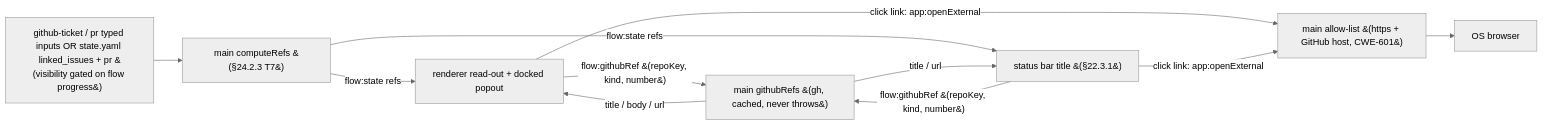
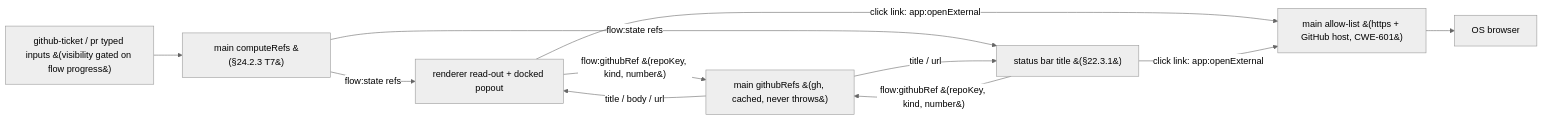
The second of 2 diagrams in docs/spec/24-build-plan-ui-inwards.md (dylanb/agent-terminal), drawn with Mermaid (neutral theme) before and after one commit. The commit also changed other lines of this file and 13 other files, not shown here.

````diff
--- a/docs/spec/24-build-plan-ui-inwards.md
+++ b/docs/spec/24-build-plan-ui-inwards.md
@@ -146,13 +146,13 @@
 ```mermaid
 flowchart LR
-  IN["github-ticket / pr typed inputs OR state.yaml linked_issues + pr &#40;visibility gated on flow progress&#41;"] --> M["main computeRefs &#40;§24.2.3 T7&#41;"]
+  IN["github-ticket / pr typed inputs &#40;visibility gated on flow progress&#41;"] --> M["main computeRefs &#40;§24.2.3 T7&#41;"]
   M -->|"flow:state refs"| RO["renderer read-out + docked popout"]
   M -->|"flow:state refs"| SB["status bar title &#40;§22.3.1&#41;"]
   RO -->|"flow:githubRef &#40;repoKey, kind, number&#41;"| GH["main githubRefs &#40;gh, cached, never throws&#41;"]
   SB -->|"flow:githubRef &#40;repoKey, kind, number&#41;"| GH
   GH -->|"title / body / url"| RO
   GH -->|"title / url"| SB
   RO -->|"click link: app:openExternal"| V["main allow-list &#40;https + GitHub host, CWE-601&#41;"]
   SB -->|"click link: app:openExternal"| V
   V --> OS["OS browser"]
 ```
````
